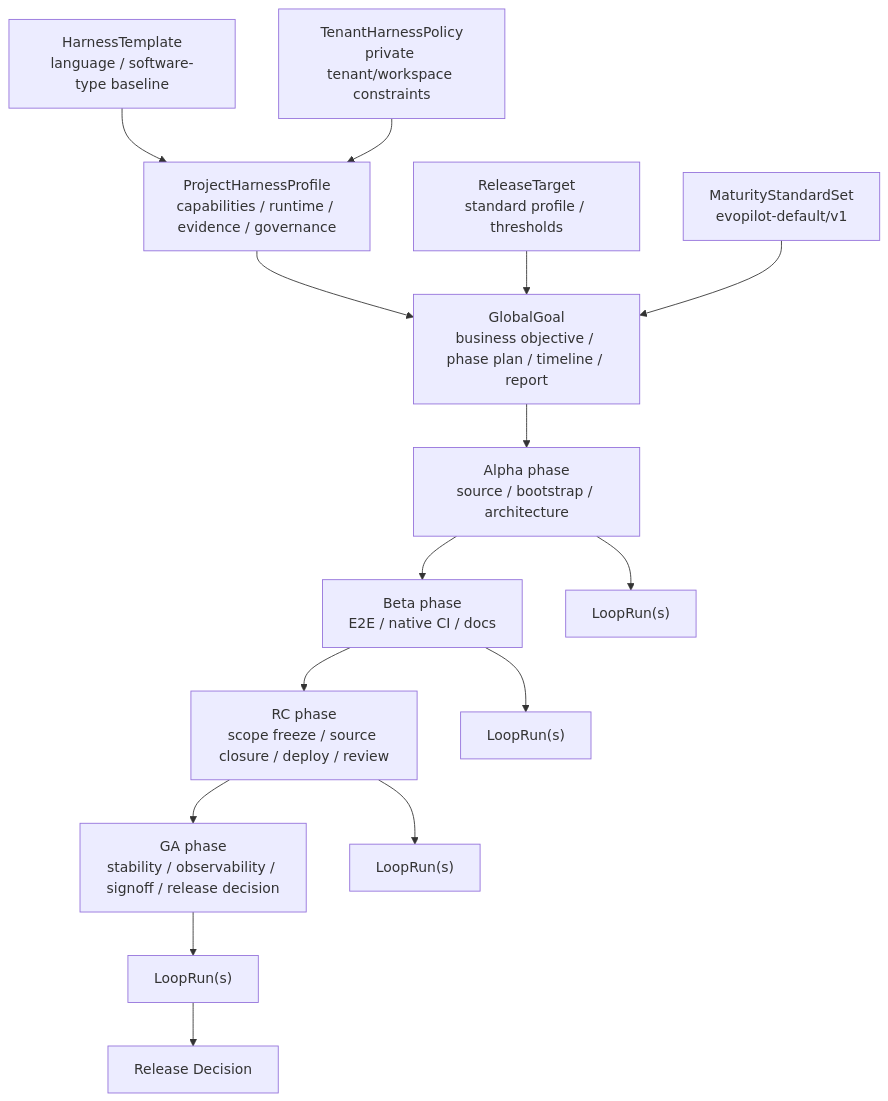
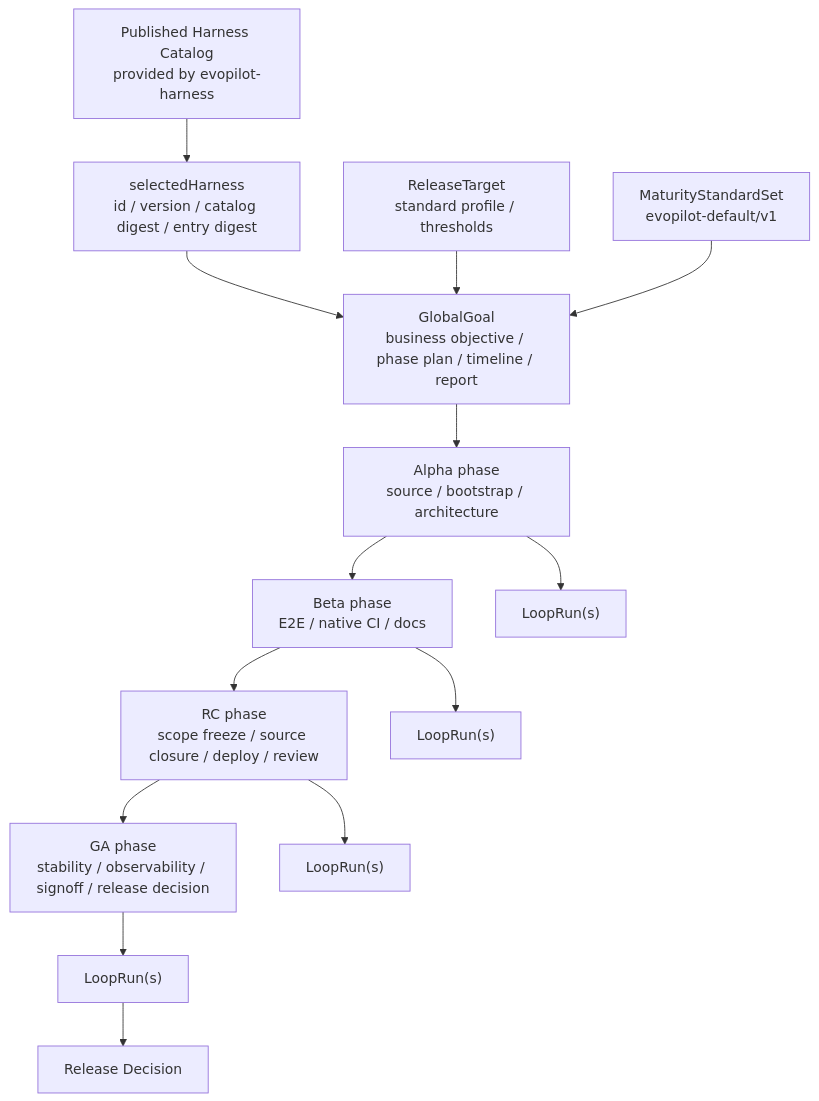
Before and after one commit to yeliang-wang/evopilot: the second of 2 diagrams in docs/architecture/continuous-evolution-control-plane.md, drawn with Mermaid. The commit also changed other lines of this file and 78 other files, not shown here.

Commit message:
Release EvoPilot v3.0.0 external Harness Catalog boundary

````diff
--- a/docs/architecture/continuous-evolution-control-plane.md
+++ b/docs/architecture/continuous-evolution-control-plane.md
@@ -56,17 +56,16 @@
 ```mermaid
 flowchart TD
-  HarnessTemplate["HarnessTemplate\nlanguage / software-type baseline"] --> HarnessProfile["ProjectHarnessProfile\ncapabilities / runtime / evidence / governance"]
-  TenantPolicy["TenantHarnessPolicy\nprivate tenant/workspace constraints"] --> HarnessProfile
-  HarnessProfile --> GlobalGoal
+  PublishedCatalog["Published Harness Catalog\nprovided by evopilot-harness"] --> SelectedHarness["selectedHarness\nid / version / catalog digest / entry digest"]
+  SelectedHarness --> GlobalGoal
   ReleaseTarget["ReleaseTarget\nstandard profile / thresholds"] --> GlobalGoal["GlobalGoal\nbusiness objective / phase plan / timeline / report"]
   Standards["MaturityStandardSet\nevopilot-default/v1"] --> GlobalGoal
   GlobalGoal --> Alpha["Alpha phase\nsource / bootstrap / architecture"]
   Alpha --> Beta["Beta phase\nE2E / native CI / docs"]
   Beta --> RC["RC phase\nscope freeze / source closure / deploy / review"]
   RC --> GA["GA phase\nstability / observability / signoff / release decision"]
   Alpha --> LoopRunA["LoopRun(s)"]
   Beta --> LoopRunB["LoopRun(s)"]
   RC --> LoopRunC["LoopRun(s)"]
   GA --> LoopRunD["LoopRun(s)"]
   LoopRunD --> Decision["Release Decision"]
 ```
````
